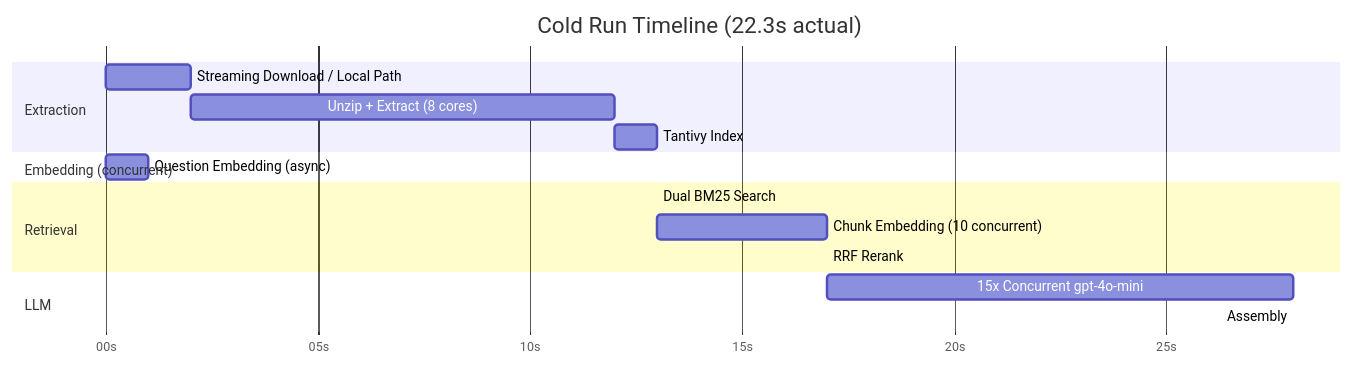
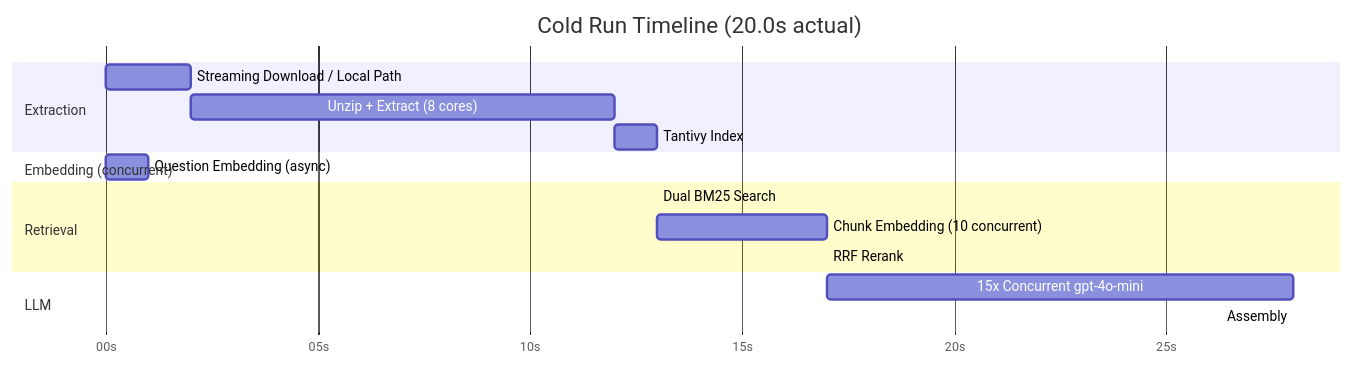
One commit to trident4/Lucio_Challenge changed the second of 2 diagrams in docs/pipeline_deep_dive.md. Above: the diagram before and after it, drawn with Mermaid. The commit also changed other lines of this file and 3 other files, not shown here.

````diff
--- a/docs/pipeline_deep_dive.md
+++ b/docs/pipeline_deep_dive.md
@@ -106,19 +106,19 @@
 ```mermaid
 gantt
-    title Cold Run Timeline (22.3s actual)
+    title Cold Run Timeline (20.0s actual)
     dateFormat ss
     axisFormat %Ss
     section Extraction
     Streaming Download / Local Path : 00, 02
     Unzip + Extract (8 cores)       : 02, 12
     Tantivy Index                   : 12, 13
     section Embedding (concurrent)
     Question Embedding (async)      : 00, 01
     section Retrieval
     Dual BM25 Search                : 13, 13
     Chunk Embedding (10 concurrent) : 13, 17
     RRF Rerank                      : 17, 17
     section LLM
     15x Concurrent gpt-4o-mini      : 17, 28
     Assembly                        : 28, 28
 ```
````
